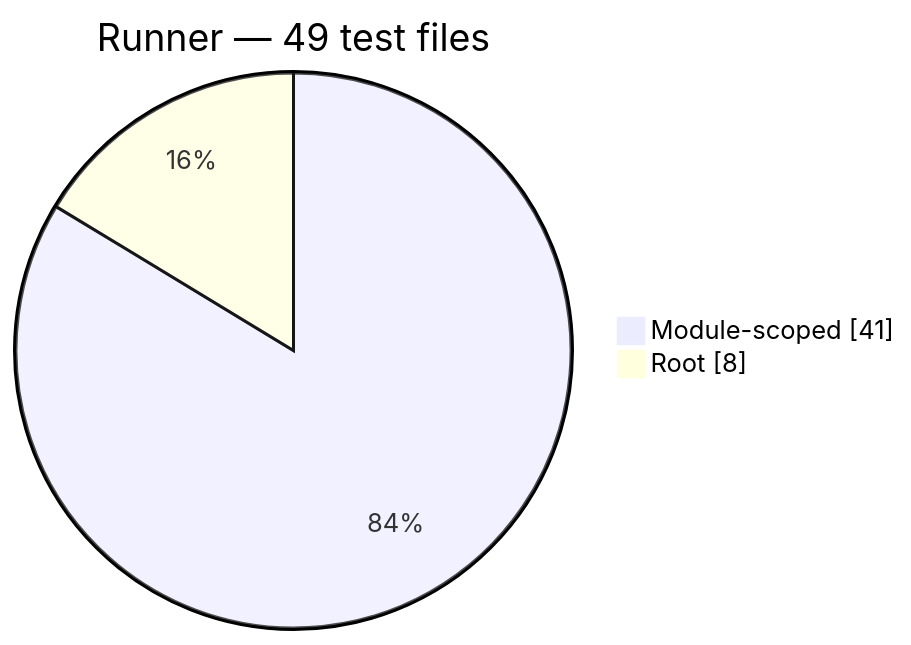
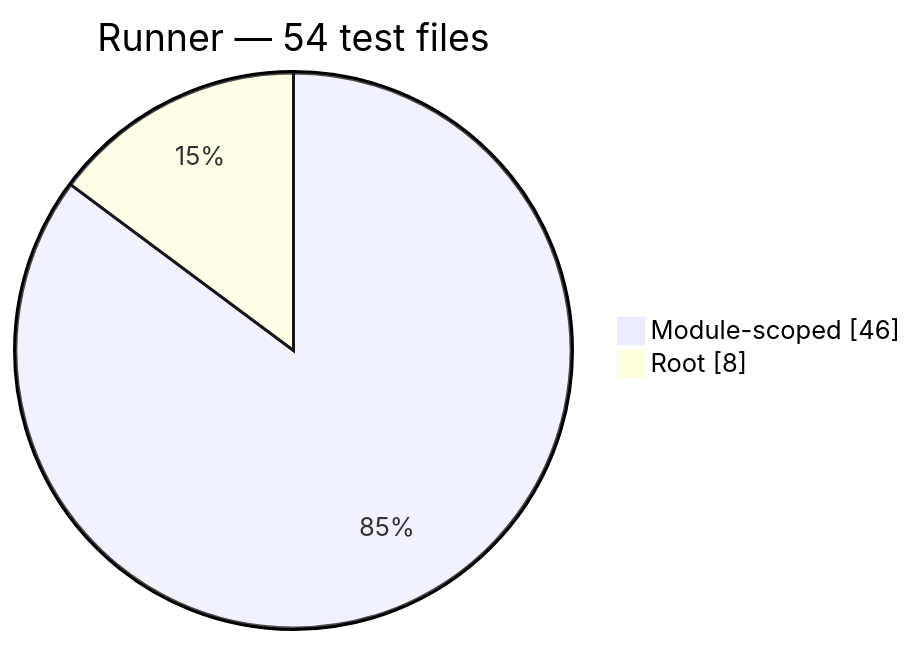
One commit to Mohammed-Alama/php-arazzo changed the seventh of 13 diagrams in docs/generated/test-composition.md. Above: the diagram before and after it, drawn with Mermaid. The commit also changed other lines of this file and 40 other files, not shown here.

````diff
--- a/docs/generated/test-composition.md
+++ b/docs/generated/test-composition.md
@@ -128,6 +102,6 @@
 ```mermaid
 pie showData
-    title Runner — 49 test files
-    "Module-scoped": 41
+    title Runner — 54 test files
+    "Module-scoped": 46
     "Root": 8
 ```
````
